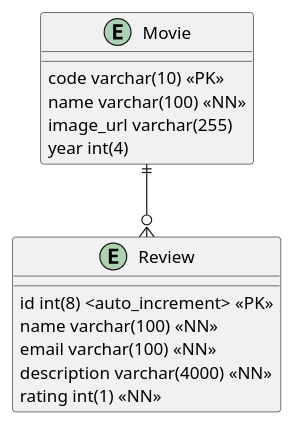
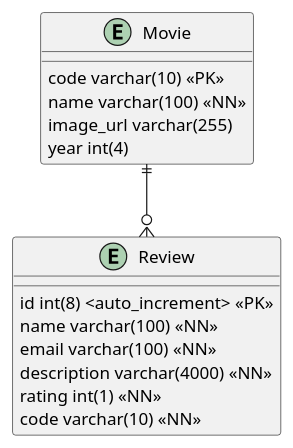
One commit to mapulgarin2/Proyecto-Movie-Flask changed the diagram in doc/modelo_datos.puml. Above: the diagram before and after it, drawn with PlantUML. The commit also changed 2 other files, not shown here.

```diff
--- a/doc/modelo_datos.puml
+++ b/doc/modelo_datos.puml
@@ -1,23 +1,24 @@
 @startuml "Modelo Entidad Relacion"
 
 Entity Movie {
     code varchar(10) <<PK>>
     name varchar(100) <<NN>>
     image_url varchar(255) 
     year int(4)
     
 }
 
 Entity Review{
     id int(8) <auto_increment> <<PK>>
     name varchar(100) <<NN>>
     email varchar(100) <<NN>>
     description varchar(4000) <<NN>>
     rating int(1) <<NN>>
+    code varchar(10) <<NN>>
 
 }
 
 Movie ||--o{ Review
 
 
 @enduml
```
